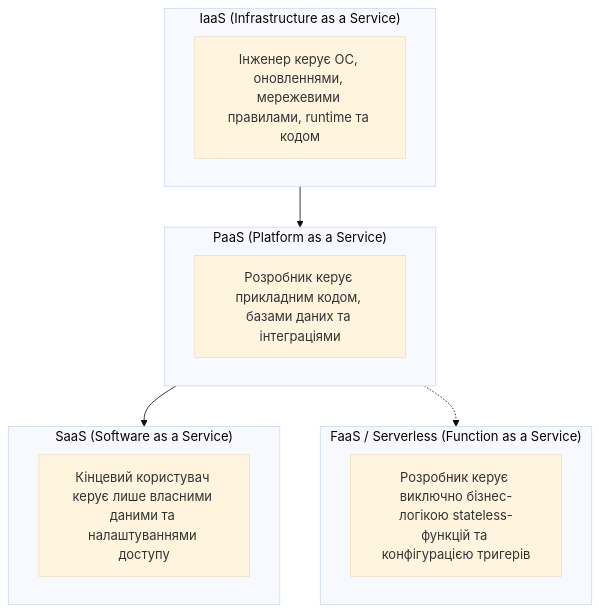
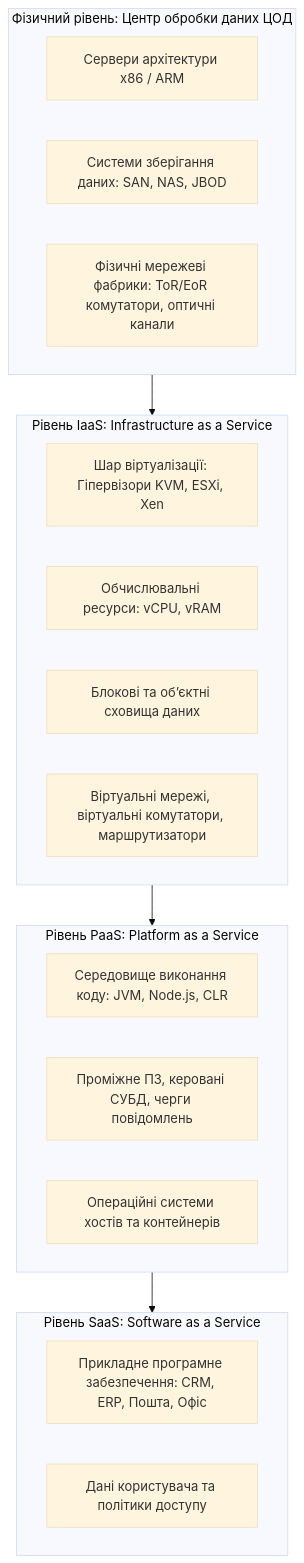
One commit to KyryloVadurin/cloud-technologies changed the second of 5 diagrams in docs/lk/lk1.md. Above: the diagram before and after it, drawn with Mermaid (base theme). The commit also changed other lines of this file, not shown here.

````diff
--- a/docs/lk/lk1.md
+++ b/docs/lk/lk1.md
@@ -61,17 +115,30 @@
 ```mermaid
 flowchart TD
-    subgraph SaaS ["SaaS (Software as a Service)"]
-        S1[Кінцевий користувач керує лише власними даними та налаштуваннями доступу]
+    subgraph SaaS_Layer [Рівень SaaS: Software as a Service]
+        S_App[Прикладне програмне забезпечення: CRM, ERP, Пошта, Офіс]
+        S_Data[Дані користувача та політики доступу]
     end
-    subgraph PaaS ["PaaS (Platform as a Service)"]
-        P1[Розробник керує прикладним кодом, базами даних та інтеграціями]
+
+    subgraph PaaS_Layer [Рівень PaaS: Platform as a Service]
+        P_Runtime[Середовище виконання коду: JVM, Node.js, CLR]
+        P_Middle[Проміжне ПЗ, керовані СУБД, черги повідомлень]
+        P_OS[Операційні системи хостів та контейнерів]
     end
-    subgraph IaaS ["IaaS (Infrastructure as a Service)"]
-        I1[Інженер керує ОС, оновленнями, мережевими правилами, runtime та кодом]
+
+    subgraph IaaS_Layer [Рівень IaaS: Infrastructure as a Service]
+        I_Virt[Шар віртуалізації: Гіпервізори KVM, ESXi, Xen]
+        I_Compute[Обчислювальні ресурси: vCPU, vRAM]
+        I_Storage[Блокові та об’єктні сховища даних]
+        I_Net[Віртуальні мережі, віртуальні комутатори, маршрутизатори]
     end
-    subgraph FaaS ["FaaS / Serverless (Function as a Service)"]
-        F1[Розробник керує виключно бізнес-логікою stateless-функцій та конфігурацією тригерів]
+
+    subgraph Hardware_Layer [Фізичний рівень: Центр обробки даних ЦОД]
+        H_Servers[Сервери архітектури x86 / ARM]
+        H_SAN[Системи зберігання даних: SAN, NAS, JBOD]
+        H_Fabric[Фізичні мережеві фабрики: ToR/EoR комутатори, оптичні канали]
     end
-    IaaS --> PaaS --> SaaS
-    PaaS -.-> FaaS
+
+    Hardware_Layer --> IaaS_Layer
+    IaaS_Layer --> PaaS_Layer
+    PaaS_Layer --> SaaS_Layer
 ```
````
